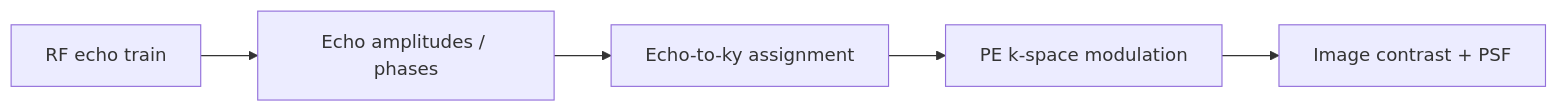
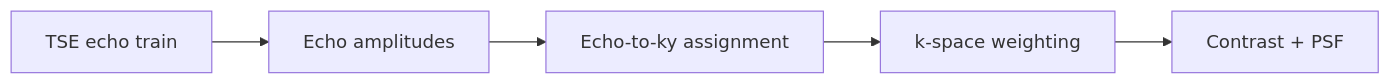
Before and after one commit to BennyZhang-Codes/tse-pulseq-matlab: the diagram in docs/theory/tse-echo-train.md, drawn with Mermaid. The commit also changed other lines of this file, not shown here.

Commit message:
docs: simplify TSE echo-train explanation

````diff
--- a/docs/theory/tse-echo-train.md
+++ b/docs/theory/tse-echo-train.md
@@ -54,7 +17,7 @@
 ```mermaid
 flowchart LR
-    A[RF echo train] --> B[Echo amplitudes / phases]
+    A[TSE echo train] --> B[Echo amplitudes]
     B --> C[Echo-to-ky assignment]
-    C --> D[PE k-space modulation]
-    D --> E[Image contrast + PSF]
+    C --> D[k-space weighting]
+    D --> E[Contrast + PSF]
 ```
````
